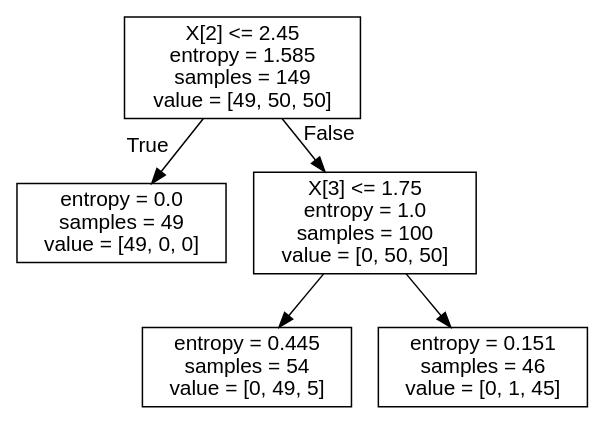
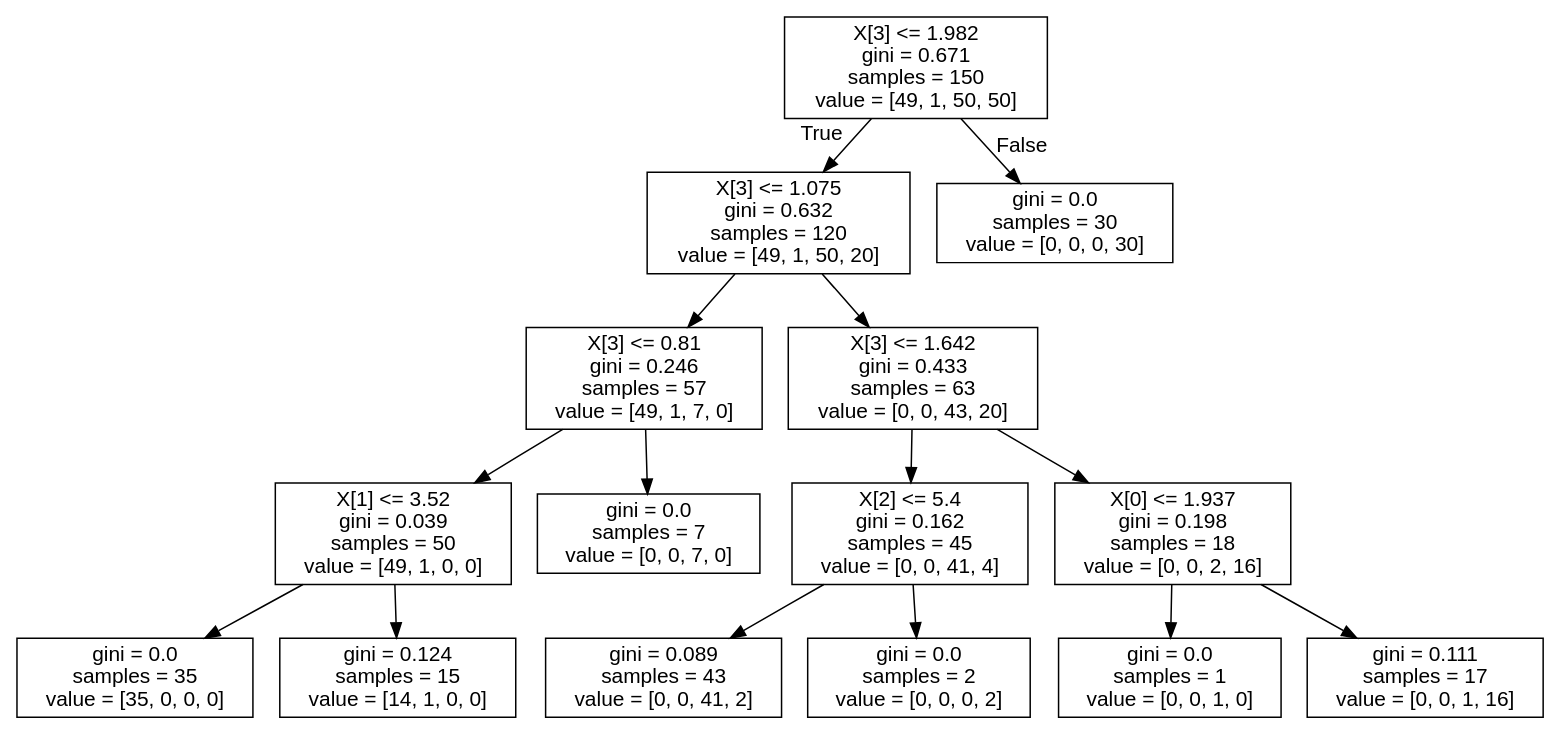
The diagram in Day28_30_Machine_Learning/iris_dtc.dot (Vamir8429/Valerija_SheGoesTech), drawn with Graphviz before and after one commit. The commit also changed 6 other files, not shown here.

```diff
--- a/Day28_30_Machine_Learning/iris_dtc.dot
+++ b/Day28_30_Machine_Learning/iris_dtc.dot
@@ -1,13 +1,33 @@
 digraph Tree {
 node [shape=box, fontname="helvetica"] ;
 edge [fontname="helvetica"] ;
-0 [label="X[2] <= 2.45\nentropy = 1.585\nsamples = 149\nvalue = [49, 50, 50]"] ;
-1 [label="entropy = 0.0\nsamples = 49\nvalue = [49, 0, 0]"] ;
+0 [label="X[3] <= 1.982\ngini = 0.671\nsamples = 150\nvalue = [49, 1, 50, 50]"] ;
+1 [label="X[3] <= 1.075\ngini = 0.632\nsamples = 120\nvalue = [49, 1, 50, 20]"] ;
 0 -> 1 [labeldistance=2.5, labelangle=45, headlabel="True"] ;
-2 [label="X[3] <= 1.75\nentropy = 1.0\nsamples = 100\nvalue = [0, 50, 50]"] ;
-0 -> 2 [labeldistance=2.5, labelangle=-45, headlabel="False"] ;
-3 [label="entropy = 0.445\nsamples = 54\nvalue = [0, 49, 5]"] ;
+2 [label="X[3] <= 0.81\ngini = 0.246\nsamples = 57\nvalue = [49, 1, 7, 0]"] ;
+1 -> 2 ;
+3 [label="X[1] <= 3.52\ngini = 0.039\nsamples = 50\nvalue = [49, 1, 0, 0]"] ;
 2 -> 3 ;
-4 [label="entropy = 0.151\nsamples = 46\nvalue = [0, 1, 45]"] ;
-2 -> 4 ;
+4 [label="gini = 0.0\nsamples = 35\nvalue = [35, 0, 0, 0]"] ;
+3 -> 4 ;
+5 [label="gini = 0.124\nsamples = 15\nvalue = [14, 1, 0, 0]"] ;
+3 -> 5 ;
+6 [label="gini = 0.0\nsamples = 7\nvalue = [0, 0, 7, 0]"] ;
+2 -> 6 ;
+7 [label="X[3] <= 1.642\ngini = 0.433\nsamples = 63\nvalue = [0, 0, 43, 20]"] ;
+1 -> 7 ;
+8 [label="X[2] <= 5.4\ngini = 0.162\nsamples = 45\nvalue = [0, 0, 41, 4]"] ;
+7 -> 8 ;
+9 [label="gini = 0.089\nsamples = 43\nvalue = [0, 0, 41, 2]"] ;
+8 -> 9 ;
+10 [label="gini = 0.0\nsamples = 2\nvalue = [0, 0, 0, 2]"] ;
+8 -> 10 ;
+11 [label="X[0] <= 1.937\ngini = 0.198\nsamples = 18\nvalue = [0, 0, 2, 16]"] ;
+7 -> 11 ;
+12 [label="gini = 0.0\nsamples = 1\nvalue = [0, 0, 1, 0]"] ;
+11 -> 12 ;
+13 [label="gini = 0.111\nsamples = 17\nvalue = [0, 0, 1, 16]"] ;
+11 -> 13 ;
+14 [label="gini = 0.0\nsamples = 30\nvalue = [0, 0, 0, 30]"] ;
+0 -> 14 [labeldistance=2.5, labelangle=-45, headlabel="False"] ;
 }
```
